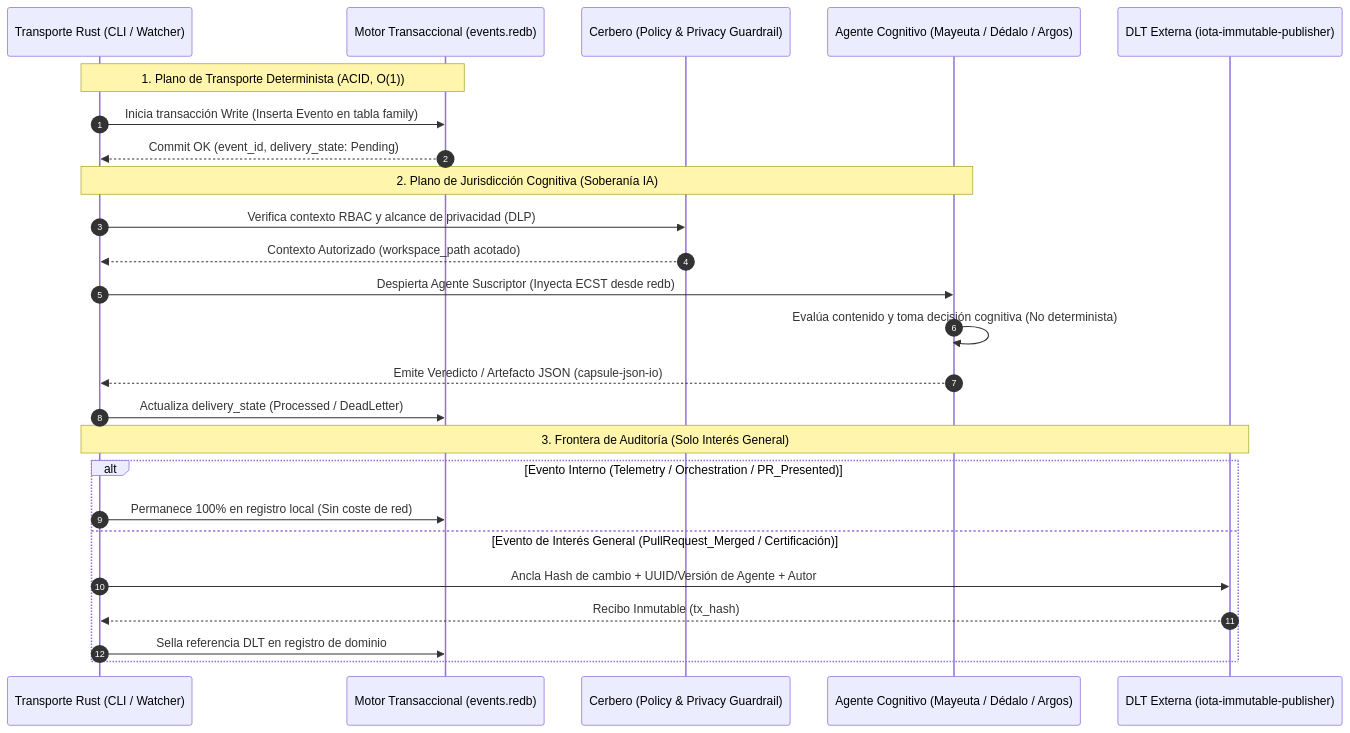
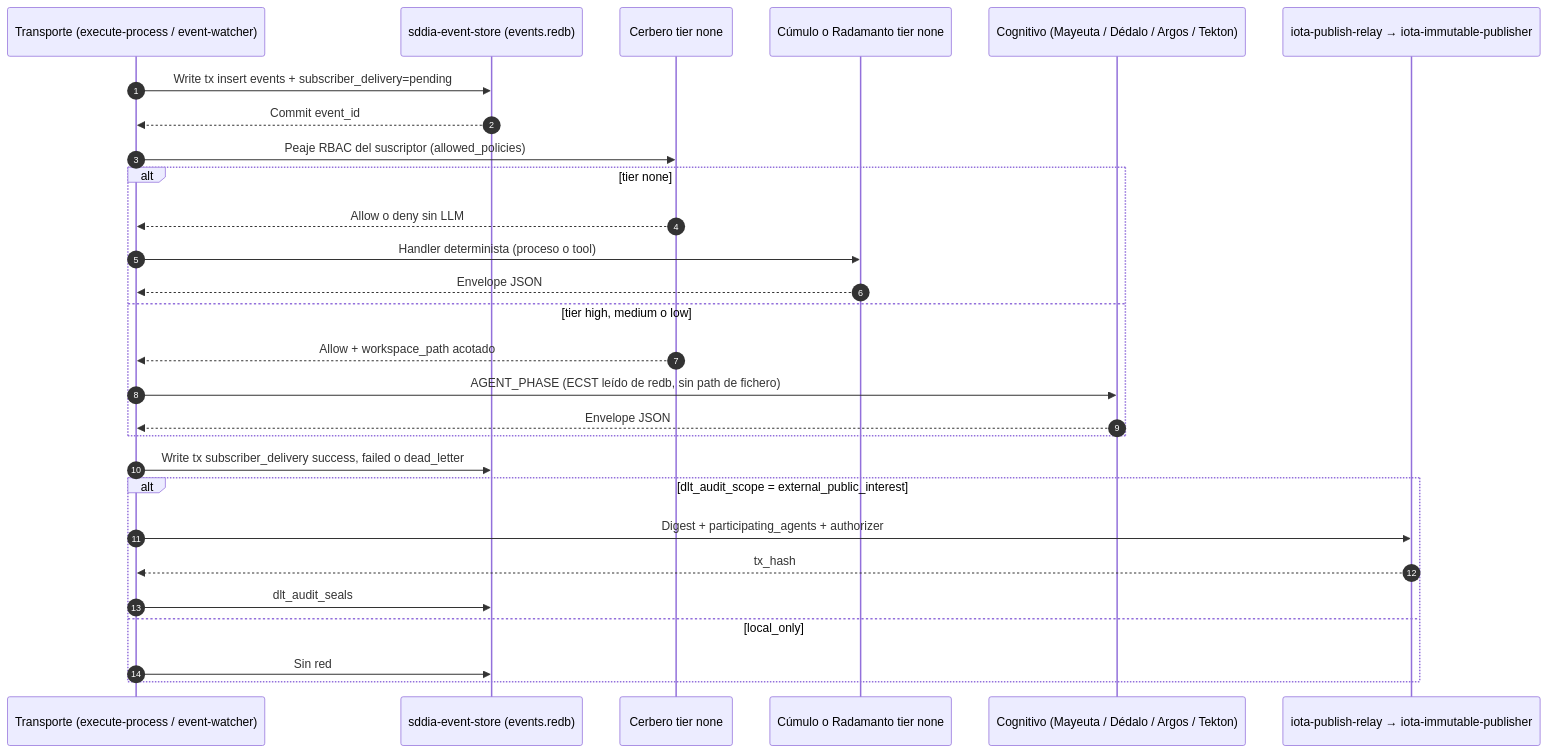
One commit to racso80es/SddIA changed the diagram in docs/todos/pending/HU-SDDIA-EDA-REDB-001: Evolución del Bus de Eventos a Redb, Jurisdicción Cognitiva y Estandarización del Marco SddIA.md. Above: the diagram before and after it, drawn with Mermaid. The commit also changed other lines of this file and 14 other files, not shown here.

Commit message:
docs: conservar HU, PBI 02-07 y notas Argos en feat/eda-redb-02-writers

````diff
--- a/docs/todos/pending/HU-SDDIA-EDA-REDB-001: Evolución del Bus de Eventos a Redb, Jurisdicción Cognitiva y Estandarización del Marco SddIA.md
+++ b/docs/todos/pending/HU-SDDIA-EDA-REDB-001: Evolución del Bus de Eventos a Redb, Jurisdicción Cognitiva y Estandarización del Marco SddIA.md
@@ -59,31 +133,31 @@
 ```mermaid
 sequenceDiagram
     autonumber
-    participant CLI as Transporte Rust (CLI / Watcher)
-    participant REDB as Motor Transaccional (events.redb)
-    participant CER as Cerbero (Policy & Privacy Guardrail)
-    participant AG as Agente Cognitivo (Mayeuta / Dédalo / Argos)
-    participant IOTA as DLT Externa (iota-immutable-publisher)
+    participant CLI as Transporte (execute-process / event-watcher)
+    participant REDB as sddia-event-store (events.redb)
+    participant CER as Cerbero tier none
+    participant DET as Cúmulo o Radamanto tier none
+    participant AG as Cognitivo (Mayeuta / Dédalo / Argos / Tekton)
+    participant IOTA as iota-publish-relay → iota-immutable-publisher
 
-    Note over CLI,REDB: 1. Plano de Transporte Determinista (ACID, O(1))
-    CLI->>REDB: Inicia transacción Write (Inserta Evento en tabla family)
-    REDB-->>CLI: Commit OK (event_id, delivery_state: Pending)
-
-    Note over CLI,AG: 2. Plano de Jurisdicción Cognitiva (Soberanía IA)
-    CLI->>CER: Verifica contexto RBAC y alcance de privacidad (DLP)
-    CER-->>CLI: Contexto Autorizado (workspace_path acotado)
-    CLI->>AG: Despierta Agente Suscriptor (Inyecta ECST desde redb)
-    AG->>AG: Evalúa contenido y toma decisión cognitiva (No determinista)
-    AG-->>CLI: Emite Veredicto / Artefacto JSON (capsule-json-io)
-
-    CLI->>REDB: Actualiza delivery_state (Processed / DeadLetter)
-
-    Note over CLI,IOTA: 3. Frontera de Auditoría (Solo Interés General)
-    alt Evento Interno (Telemetry / Orchestration / PR_Presented)
-        CLI->>REDB: Permanece 100% en registro local (Sin coste de red)
-    else Evento de Interés General (PullRequest_Merged / Certificación)
-        CLI->>IOTA: Ancla Hash de cambio + UUID/Versión de Agente + Autor
-        IOTA-->>CLI: Recibo Inmutable (tx_hash)
-        CLI->>REDB: Sella referencia DLT en registro de dominio
+    CLI->>REDB: Write tx insert events + subscriber_delivery=pending
+    REDB-->>CLI: Commit event_id
+    CLI->>CER: Peaje RBAC del suscriptor (allowed_policies)
+    alt tier none
+        CER-->>CLI: Allow o deny sin LLM
+        CLI->>DET: Handler determinista (proceso o tool)
+        DET-->>CLI: Envelope JSON
+    else tier high, medium o low
+        CER-->>CLI: Allow + workspace_path acotado
+        CLI->>AG: AGENT_PHASE (ECST leído de redb, sin path de fichero)
+        AG-->>CLI: Envelope JSON
+    end
+    CLI->>REDB: Write tx subscriber_delivery success, failed o dead_letter
+    alt dlt_audit_scope = external_public_interest
+        CLI->>IOTA: Digest + participating_agents + authorizer
+        IOTA-->>CLI: tx_hash
+        CLI->>REDB: dlt_audit_seals
+    else local_only
+        CLI->>REDB: Sin red
     end
 ```
````
